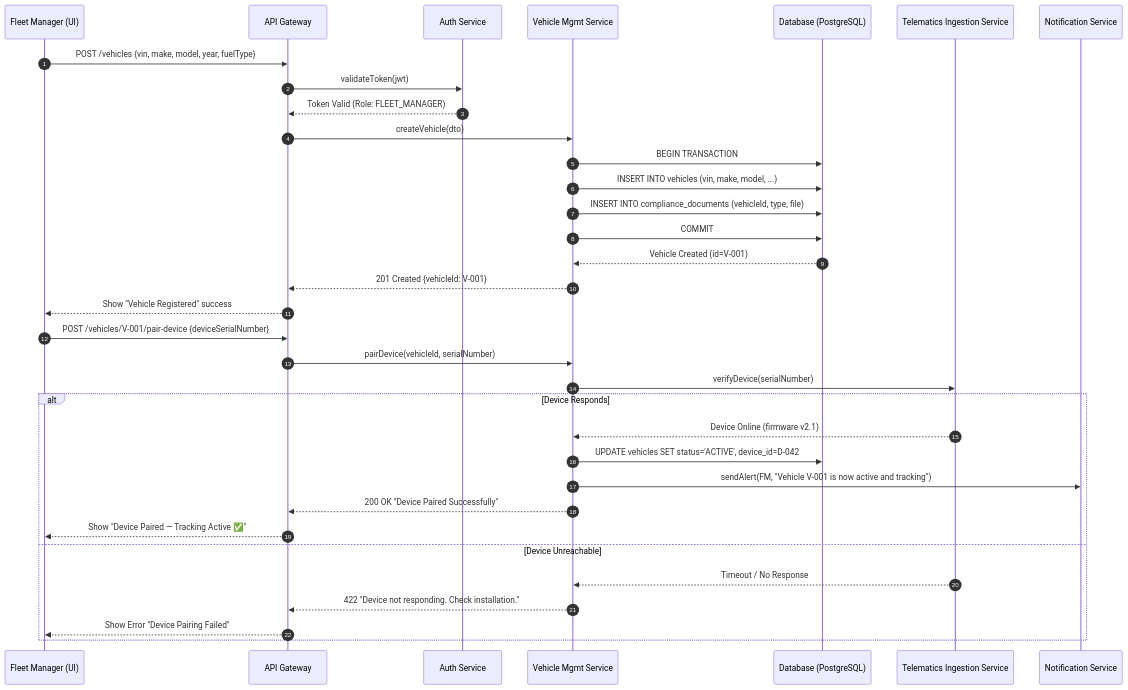
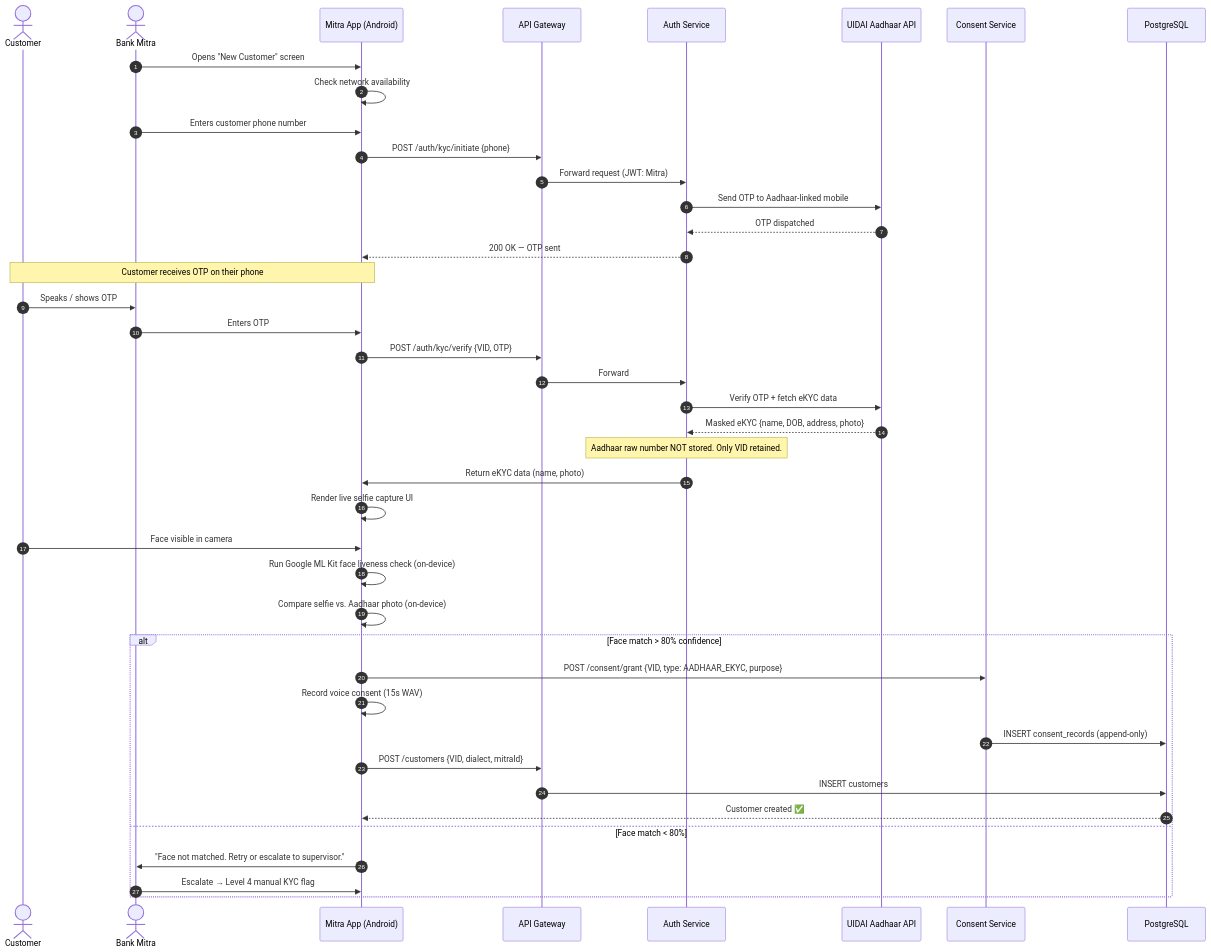
One commit to adityasinghz/kata changed the first of 6 diagrams in SEQUENCE_DIAGRAMS.md. Above: the diagram before and after it, drawn with Mermaid. The commit also changed other lines of this file and 24 other files, not shown here.

````diff
--- a/SEQUENCE_DIAGRAMS.md
+++ b/SEQUENCE_DIAGRAMS.md
@@ -18,41 +19,50 @@
 ```mermaid
 sequenceDiagram
     autonumber
-    participant FM as Fleet Manager (UI)
-    participant API as API Gateway
+    actor Customer
+    actor Mitra as Bank Mitra
+    participant App as Mitra App (Android)
+    participant GW as API Gateway
     participant Auth as Auth Service
-    participant VehSvc as Vehicle Mgmt Service
-    participant DB as Database (PostgreSQL)
-    participant IoT as Telematics Ingestion Service
-    participant Notif as Notification Service
+    participant UIDAI as UIDAI Aadhaar API
+    participant Consent as Consent Service
+    participant DB as PostgreSQL
 
-    FM->>API: POST /vehicles {vin, make, model, year, fuelType}
-    API->>Auth: validateToken(jwt)
-    Auth-->>API: Token Valid (Role: FLEET_MANAGER)
-    API->>VehSvc: createVehicle(dto)
+    Mitra->>App: Opens "New Customer" screen
+    App->>App: Check network availability
+    Mitra->>App: Enters customer phone number
+    App->>GW: POST /auth/kyc/initiate {phone}
+    GW->>Auth: Forward request (JWT: Mitra)
+    Auth->>UIDAI: Send OTP to Aadhaar-linked mobile
+    UIDAI-->>Auth: OTP dispatched
+    Auth-->>App: 200 OK — OTP sent
 
-    VehSvc->>DB: BEGIN TRANSACTION
-    VehSvc->>DB: INSERT INTO vehicles (vin, make, model, ...)
-    VehSvc->>DB: INSERT INTO compliance_documents (vehicleId, type, file)
-    VehSvc->>DB: COMMIT
-    DB-->>VehSvc: Vehicle Created (id=V-001)
+    Note over Customer,App: Customer receives OTP on their phone
 
-    VehSvc-->>API: 201 Created {vehicleId: V-001}
-    API-->>FM: Show "Vehicle Registered" success
+    Customer->>Mitra: Speaks / shows OTP
+    Mitra->>App: Enters OTP
+    App->>GW: POST /auth/kyc/verify {VID, OTP}
+    GW->>Auth: Forward
+    Auth->>UIDAI: Verify OTP + fetch eKYC data
+    UIDAI-->>Auth: Masked eKYC {name, DOB, address, photo}
 
-    FM->>API: POST /vehicles/V-001/pair-device {deviceSerialNumber}
-    API->>VehSvc: pairDevice(vehicleId, serialNumber)
-    VehSvc->>IoT: verifyDevice(serialNumber)
+    Note over Auth: Aadhaar raw number NOT stored. Only VID retained.
 
-    alt Device Responds
-        IoT-->>VehSvc: Device Online (firmware v2.1)
-        VehSvc->>DB: UPDATE vehicles SET status='ACTIVE', device_id=D-042
-        VehSvc->>Notif: sendAlert(FM, "Vehicle V-001 is now active and tracking")
-        VehSvc-->>API: 200 OK "Device Paired Successfully"
-        API-->>FM: Show "Device Paired — Tracking Active ✅"
-    else Device Unreachable
-        IoT-->>VehSvc: Timeout / No Response
-        VehSvc-->>API: 422 "Device not responding. Check installation."
-        API-->>FM: Show Error "Device Pairing Failed"
+    Auth->>App: Return eKYC data (name, photo)
+    App->>App: Render live selfie capture UI
+    Customer->>App: Face visible in camera
+    App->>App: Run Google ML Kit face liveness check (on-device)
+    App->>App: Compare selfie vs. Aadhaar photo (on-device)
+
+    alt Face match > 80% confidence
+        App->>Consent: POST /consent/grant {VID, type: AADHAAR_EKYC, purpose}
+        App->>App: Record voice consent (15s WAV)
+        Consent->>DB: INSERT consent_records (append-only)
+        App->>GW: POST /customers {VID, dialect, mitraId}
+        GW->>DB: INSERT customers
+        DB-->>App: Customer created ✅
+    else Face match < 80%
+        App->>Mitra: "Face not matched. Retry or escalate to supervisor."
+        Mitra->>App: Escalate → Level 4 manual KYC flag
     end
 ```
````
